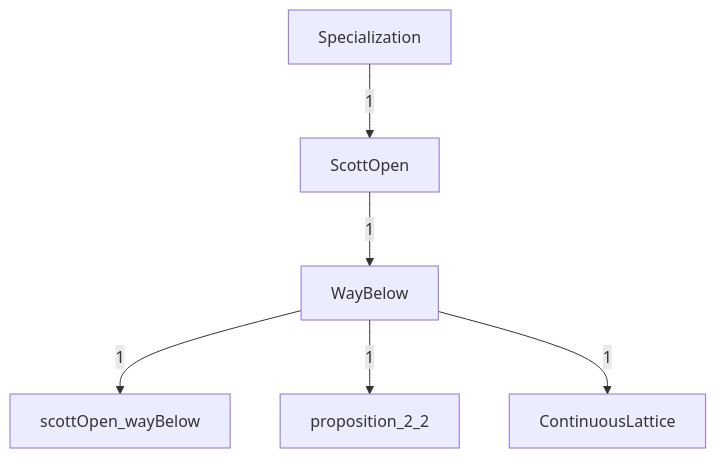
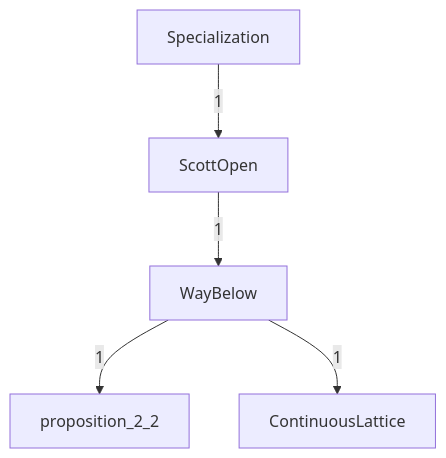
The diagram in DomainTheory/ContinuousLattice/WayBelow/WayBelow.mermaid (catskillsresearch/DomainTheory), drawn with Mermaid before and after one commit. The commit also changed 40 other files, not shown here.

First line of the commit message:
Fold ScottOpen.wayBelow into ScottOpen and revise the Scott-open note.

```diff
--- a/DomainTheory/ContinuousLattice/WayBelow/WayBelow.mermaid
+++ b/DomainTheory/ContinuousLattice/WayBelow/WayBelow.mermaid
@@ -1,20 +1,18 @@
 %% Inside WayBelow. A box is one Lean file in this folder, or one subfolder.
 %% A box named as another folder is that whole folder. A box named as another chapter is that whole chapter.
 %% The arrowhead points at the file or folder that imports. The label is how many direct imports.
 flowchart TB
 
   N4["ContinuousLattice"]
   N19["proposition_2_2"]
   N0["ScottOpen"]
-  N18["scottOpen_wayBelow"]
   Specialization["Specialization"]
   N2["WayBelow"]
 
   Specialization -->|"1"| N0
-  N2 -->|"1"| N18
   N2 -->|"1"| N19
   N0 -->|"1"| N2
   N2 -->|"1"| N4
 
   classDef file fill:#dbeafe,stroke:#1d4ed8,color:#1e3a8a
   classDef ext fill:#f3f4f6,stroke:#374151,color:#111827
```
